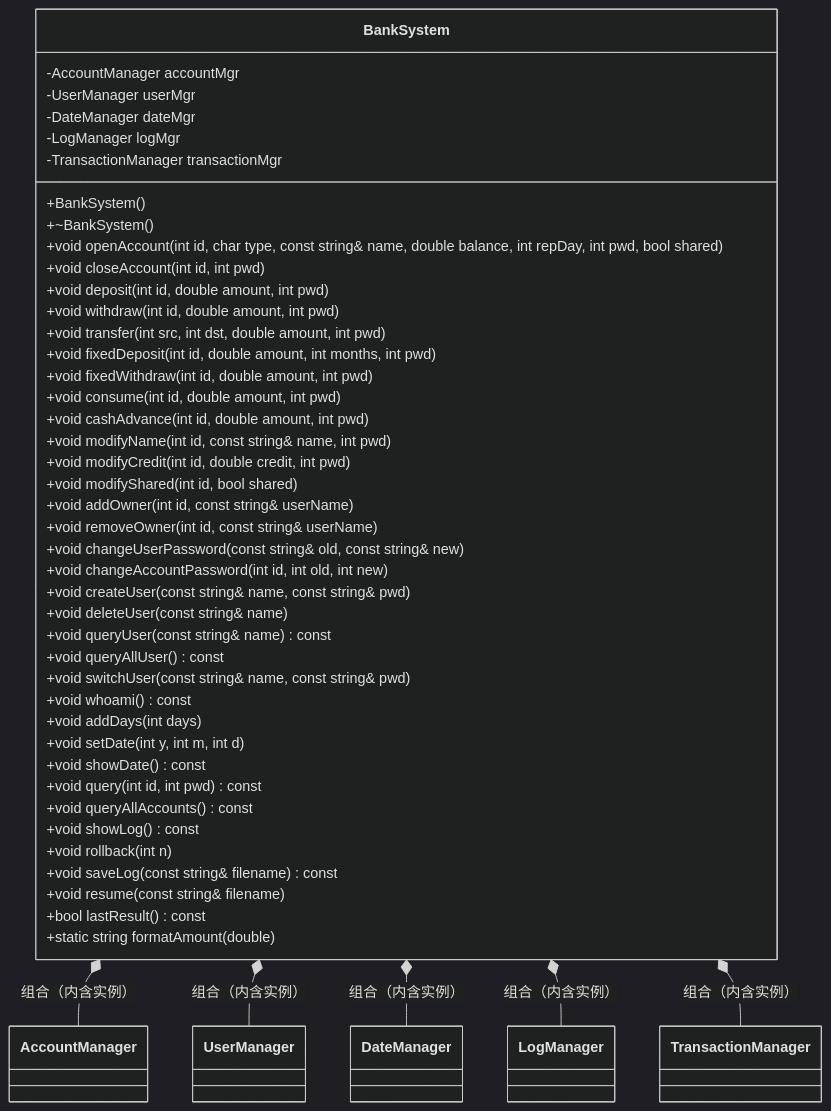
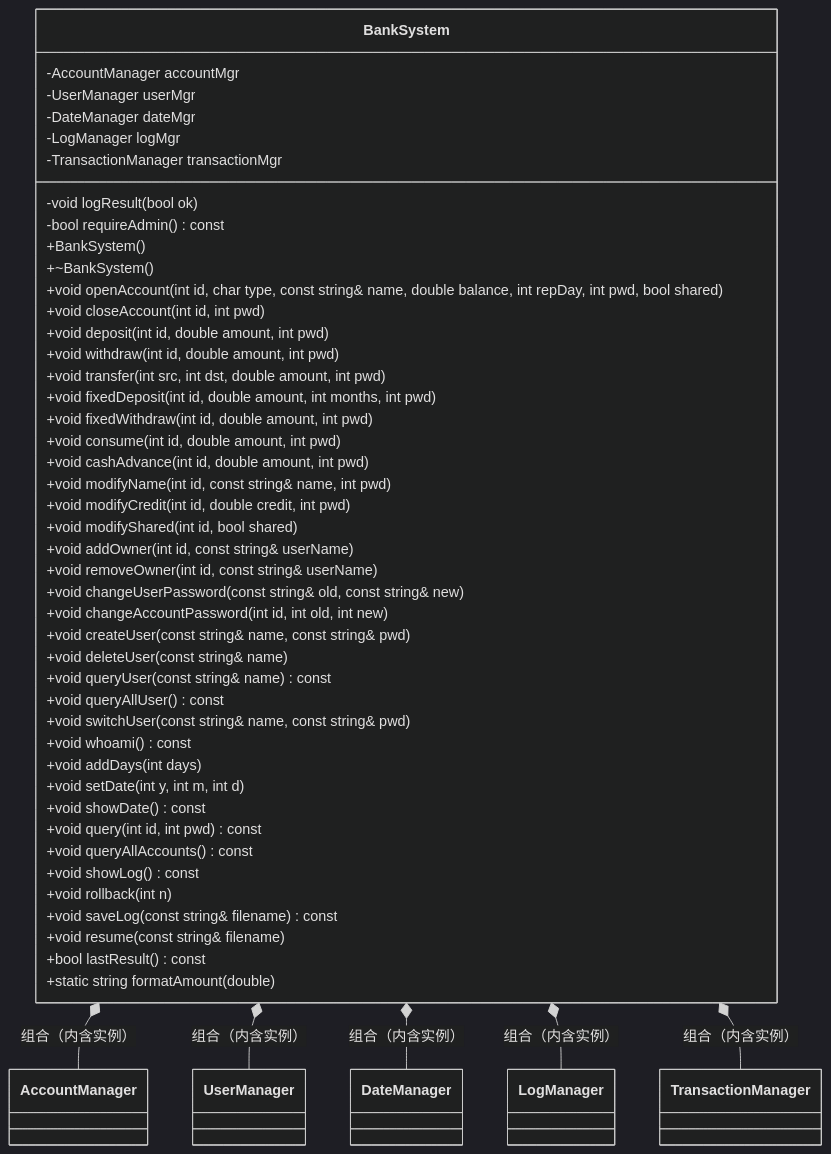
One commit to Suyouli0527/thu_cpphw_csc changed diagram 14 of 17 in include/设计说明书.md. Above: the diagram before and after it, drawn with Mermaid (dark theme). The commit also changed other lines of this file and 5 other files, not shown here.

````diff
--- a/include/设计说明书.md
+++ b/include/设计说明书.md
@@ -403,52 +404,54 @@
 ```mermaid
 classDiagram
     direction TB
     class BankSystem {
         -AccountManager accountMgr
         -UserManager userMgr
         -DateManager dateMgr
         -LogManager logMgr
         -TransactionManager transactionMgr
+        -void logResult(bool ok)
+        -bool requireAdmin() const
         +BankSystem()
         +~BankSystem()
         +void openAccount(int id, char type, const string& name, double balance, int repDay, int pwd, bool shared)
         +void closeAccount(int id, int pwd)
         +void deposit(int id, double amount, int pwd)
         +void withdraw(int id, double amount, int pwd)
         +void transfer(int src, int dst, double amount, int pwd)
         +void fixedDeposit(int id, double amount, int months, int pwd)
         +void fixedWithdraw(int id, double amount, int pwd)
         +void consume(int id, double amount, int pwd)
         +void cashAdvance(int id, double amount, int pwd)
         +void modifyName(int id, const string& name, int pwd)
         +void modifyCredit(int id, double credit, int pwd)
         +void modifyShared(int id, bool shared)
         +void addOwner(int id, const string& userName)
         +void removeOwner(int id, const string& userName)
         +void changeUserPassword(const string& old, const string& new)
         +void changeAccountPassword(int id, int old, int new)
         +void createUser(const string& name, const string& pwd)
         +void deleteUser(const string& name)
         +void queryUser(const string& name) const
         +void queryAllUser() const
         +void switchUser(const string& name, const string& pwd)
         +void whoami() const
         +void addDays(int days)
         +void setDate(int y, int m, int d)
         +void showDate() const
         +void query(int id, int pwd) const
         +void queryAllAccounts() const
         +void showLog() const
         +void rollback(int n)
         +void saveLog(const string& filename) const
         +void resume(const string& filename)
         +bool lastResult() const
         +static string formatAmount(double)
     }
 
     BankSystem *-- AccountManager : 组合（内含实例）
     BankSystem *-- UserManager : 组合（内含实例）
     BankSystem *-- DateManager : 组合（内含实例）
     BankSystem *-- LogManager : 组合（内含实例）
     BankSystem *-- TransactionManager : 组合（内含实例）
 ```
````
